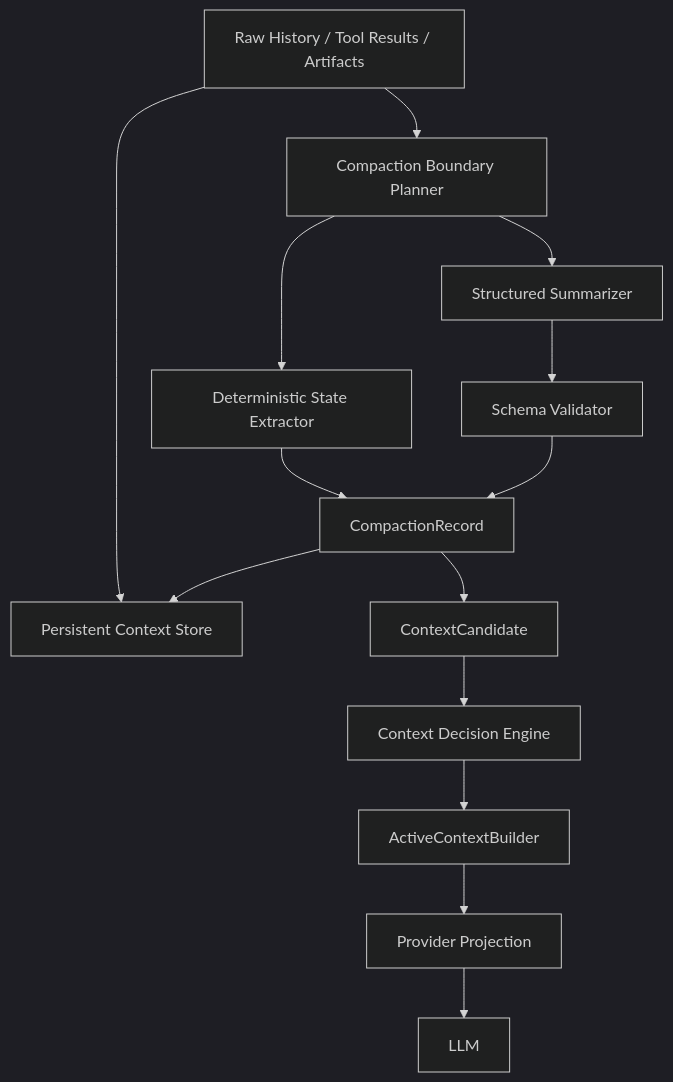
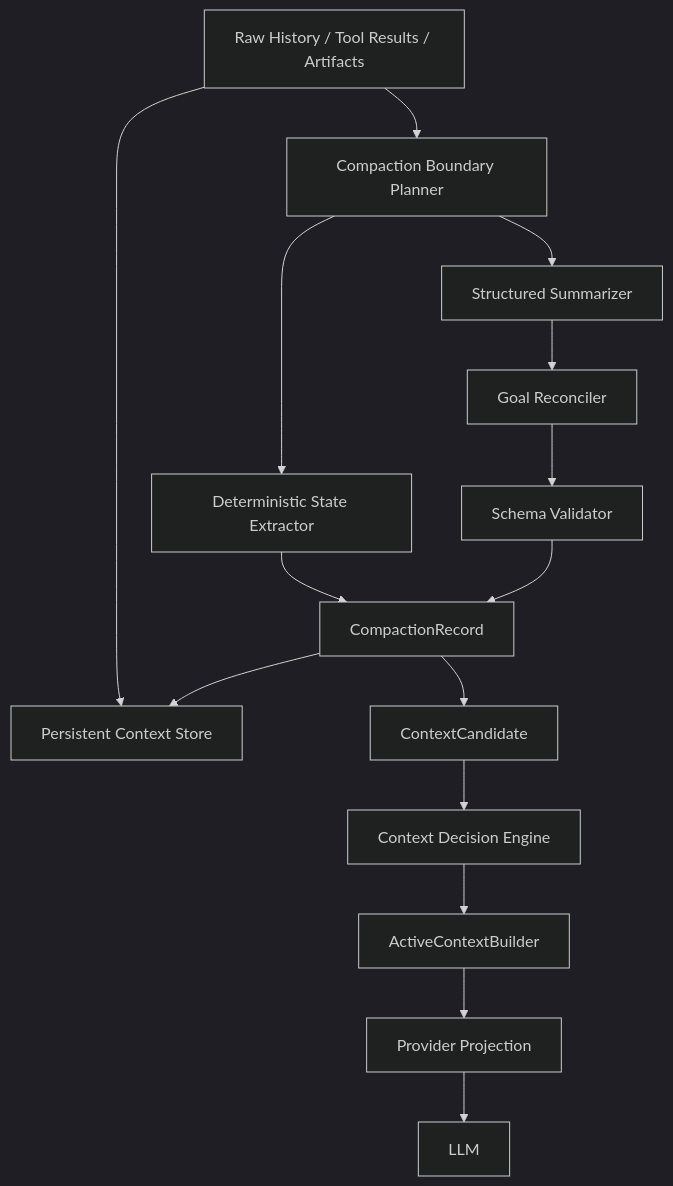
One commit to awaku7/agentcli changed the diagram in docs/UAG_STRUCTURED_COMPACTION_DESIGN.md. Above: the diagram before and after it, drawn with Mermaid (dark theme). The commit also changed other lines of this file, not shown here.

Commit message:
docs: make structured compaction multi-goal aware

```diff
--- a/docs/UAG_STRUCTURED_COMPACTION_DESIGN.md
+++ b/docs/UAG_STRUCTURED_COMPACTION_DESIGN.md
@@ -169,29 +203,31 @@
 ~~~mermaid
 flowchart TD
     RAW[Raw History / Tool Results / Artifacts]
     BOUNDARY[Compaction Boundary Planner]
     EXTRACT[Deterministic State Extractor]
     SUMMARIZE[Structured Summarizer]
+    RECONCILE[Goal Reconciler]
     VALIDATE[Schema Validator]
     RECORD[CompactionRecord]
     STORE[Persistent Context Store]
     CANDIDATE[ContextCandidate]
     DECISION[Context Decision Engine]
     ACTIVE[ActiveContextBuilder]
     PROJECTION[Provider Projection]
     LLM[LLM]
 
     RAW --> STORE
     RAW --> BOUNDARY
     BOUNDARY --> EXTRACT
     BOUNDARY --> SUMMARIZE
     EXTRACT --> RECORD
-    SUMMARIZE --> VALIDATE
+    SUMMARIZE --> RECONCILE
+    RECONCILE --> VALIDATE
     VALIDATE --> RECORD
     RECORD --> STORE
     RECORD --> CANDIDATE
     CANDIDATE --> DECISION
     DECISION --> ACTIVE
     ACTIVE --> PROJECTION
     PROJECTION --> LLM
 ~~~
```
